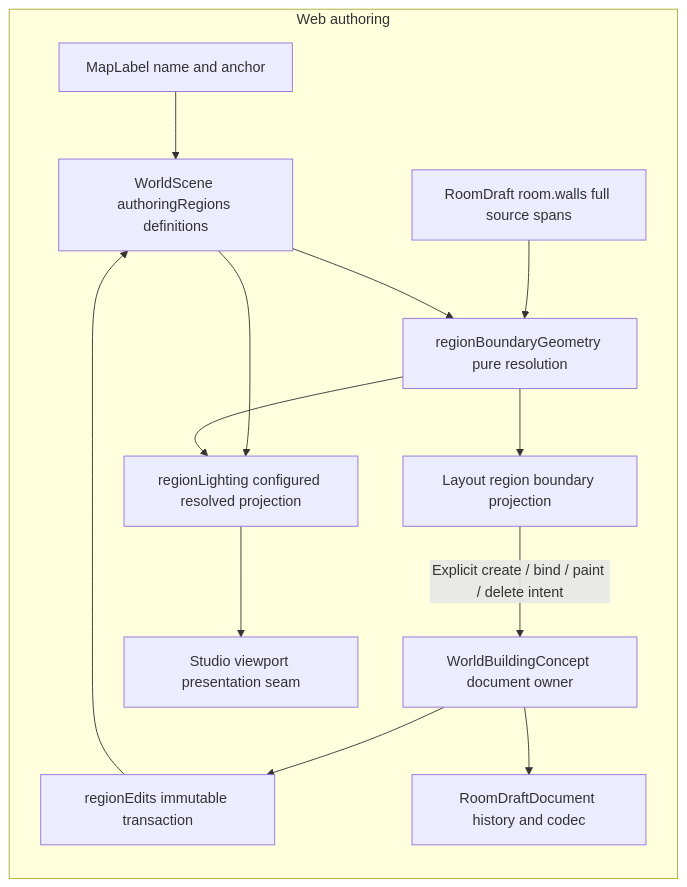
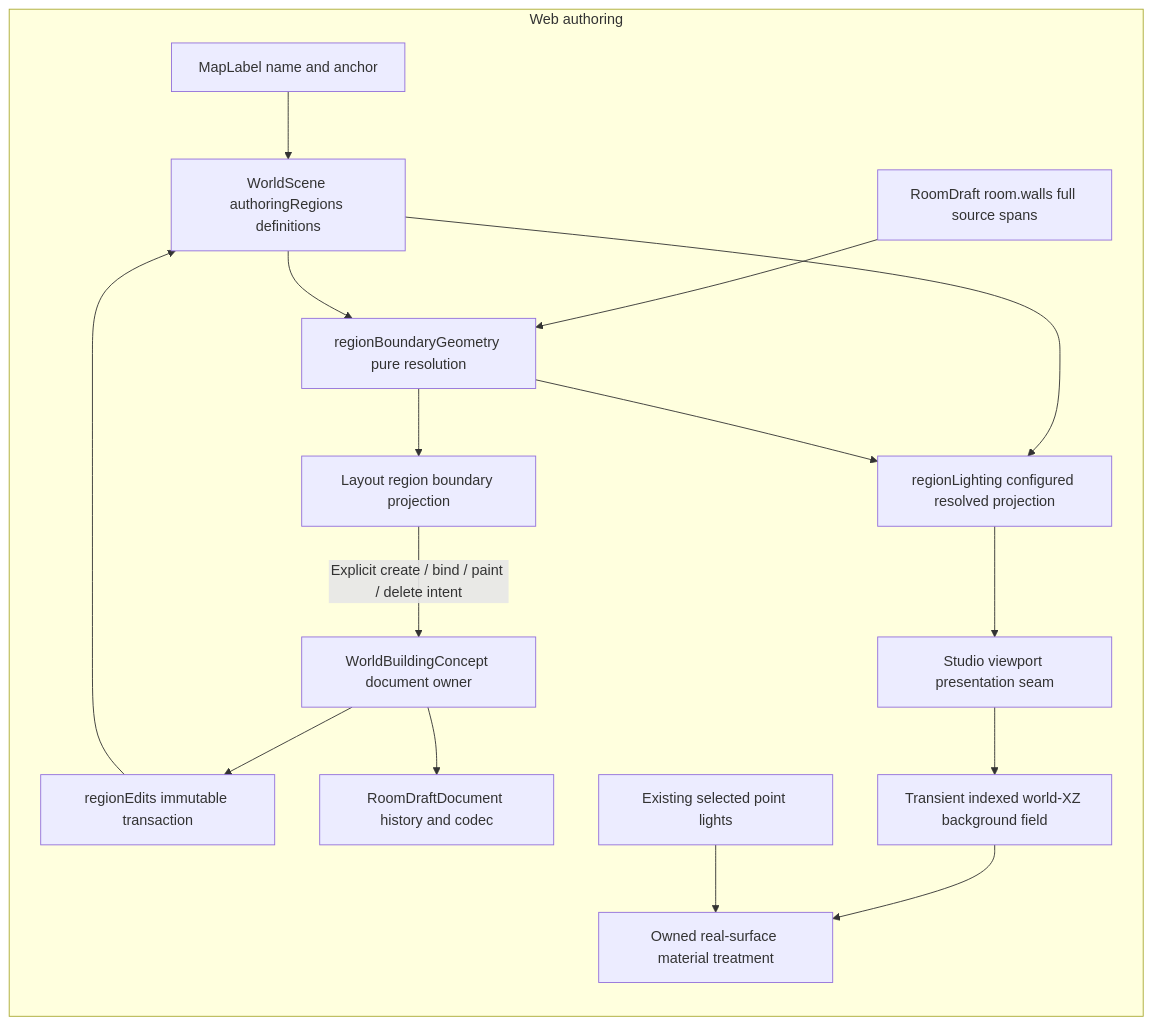
The diagram in docs/architecture/components/encounter-studio-regions/design.md (KirkDiggler/rpg-dnd5e-web), drawn with Mermaid before and after one commit. The commit also changed other lines of this file and 24 other files, not shown here.

First line of the commit message:
feat(studio): light resolved region surfaces with owned indexed field

````diff
--- a/docs/architecture/components/encounter-studio-regions/design.md
+++ b/docs/architecture/components/encounter-studio-regions/design.md
@@ -3,16 +3,19 @@
 ```mermaid
 flowchart LR
   subgraph Web[Web authoring]
     L[MapLabel name and anchor] --> D[WorldScene authoringRegions definitions]
     W[RoomDraft room.walls full source spans] --> G[regionBoundaryGeometry pure resolution]
     D --> G
     G --> P[Layout region boundary projection]
     P -->|Explicit create / bind / paint / delete intent| O[WorldBuildingConcept document owner]
     O --> E[regionEdits immutable transaction]
     E --> D
     O --> H[RoomDraftDocument history and codec]
     D --> F[regionLighting configured resolved projection]
     G --> F
     F --> V[Studio viewport presentation seam]
+    V --> I[Transient indexed world-XZ background field]
+    I --> M[Owned real-surface material treatment]
+    PTS[Existing selected point lights] --> M
   end
 ```
````
